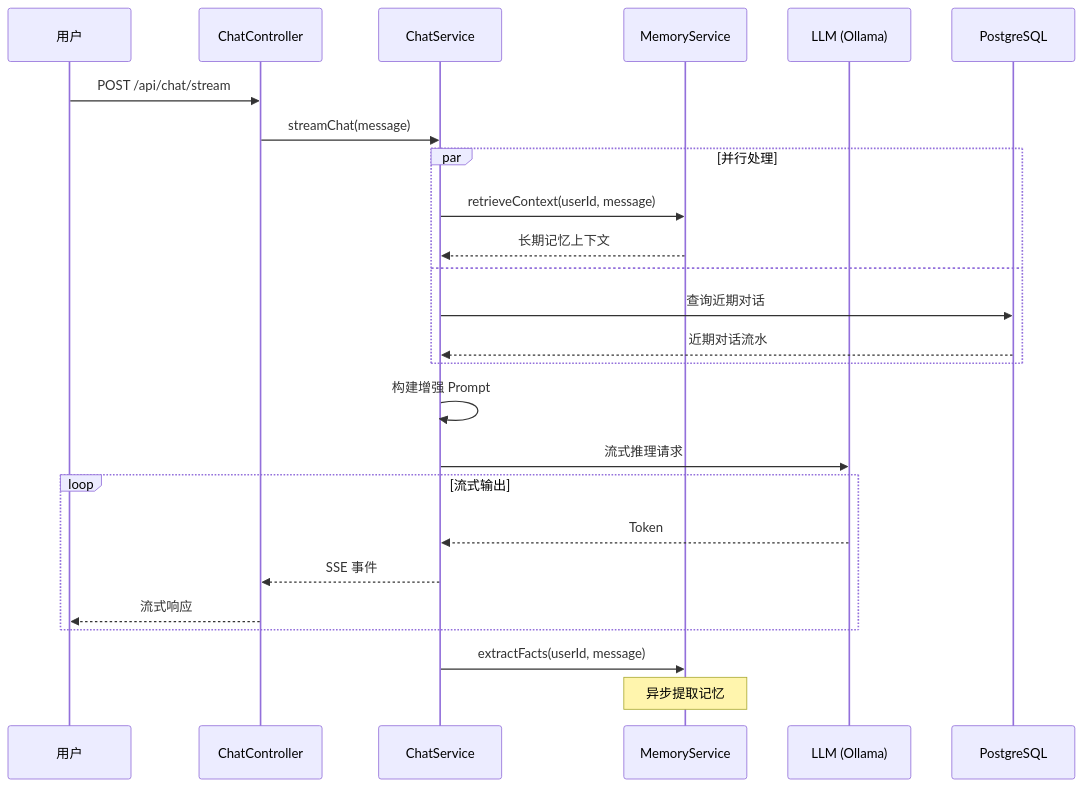
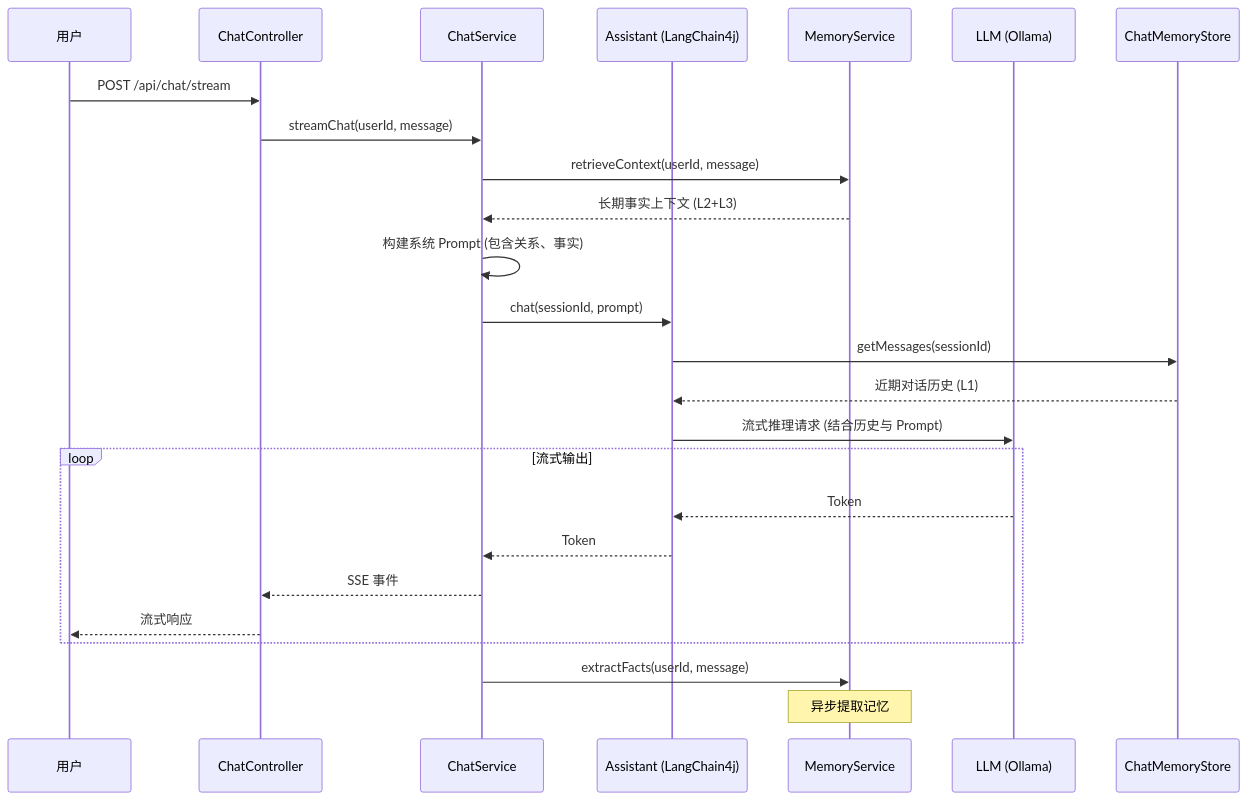
One commit to SailRuo/LingShu-AI changed the third of 8 diagrams in doc/系统概要设计文档.md. Above: the diagram before and after it, drawn with Mermaid. The commit also changed other lines of this file and 36 other files, not shown here.

````diff
--- a/doc/系统概要设计文档.md
+++ b/doc/系统概要设计文档.md
@@ -144,32 +145,34 @@
 ```mermaid
 sequenceDiagram
     participant U as 用户
     participant C as ChatController
     participant S as ChatService
+    participant A as Assistant (LangChain4j)
     participant M as MemoryService
     participant L as LLM (Ollama)
-    participant DB as PostgreSQL
+    participant MS as ChatMemoryStore
 
     U->>C: POST /api/chat/stream
-    C->>S: streamChat(message)
+    C->>S: streamChat(userId, message)
     
-    par 并行处理
-        S->>M: retrieveContext(userId, message)
-        M-->>S: 长期记忆上下文
-    and
-        S->>DB: 查询近期对话
-        DB-->>S: 近期对话流水
-    end
+    S->>M: retrieveContext(userId, message)
+    M-->>S: 长期事实上下文 (L2+L3)
     
-    S->>S: 构建增强 Prompt
-    S->>L: 流式推理请求
+    S->>S: 构建系统 Prompt (包含关系、事实)
+    
+    S->>A: chat(sessionId, prompt)
+    A->>MS: getMessages(sessionId)
+    MS-->>A: 近期对话历史 (L1)
+    
+    A->>L: 流式推理请求 (结合历史与 Prompt)
     
     loop 流式输出
-        L-->>S: Token
+        L-->>A: Token
+        A-->>S: Token
         S-->>C: SSE 事件
         C-->>U: 流式响应
     end
     
     S->>M: extractFacts(userId, message)
     Note over M: 异步提取记忆
 ```
````
